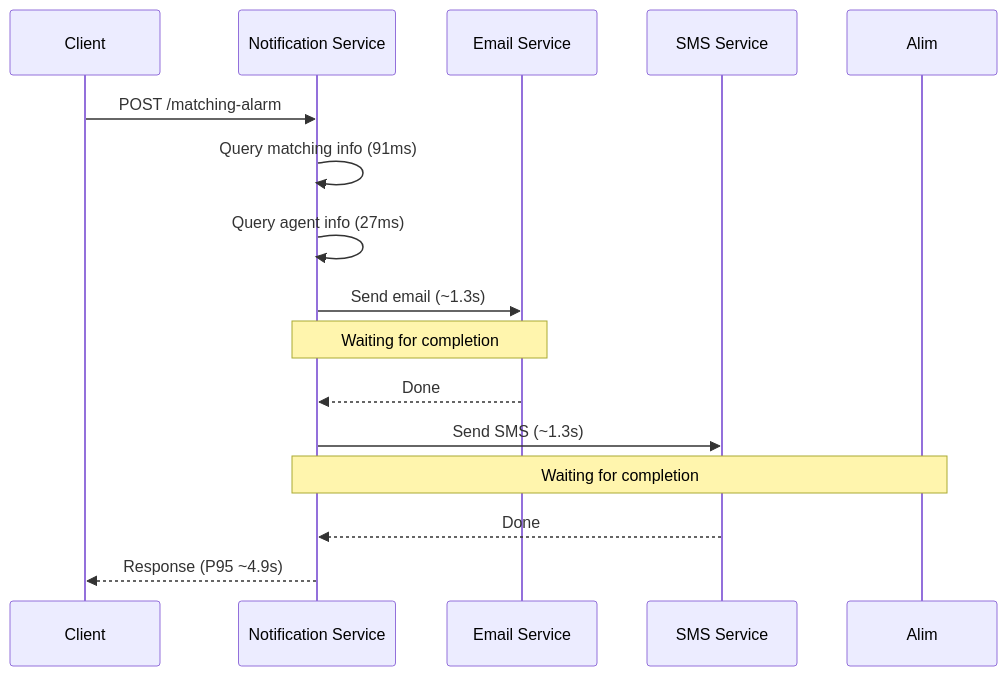
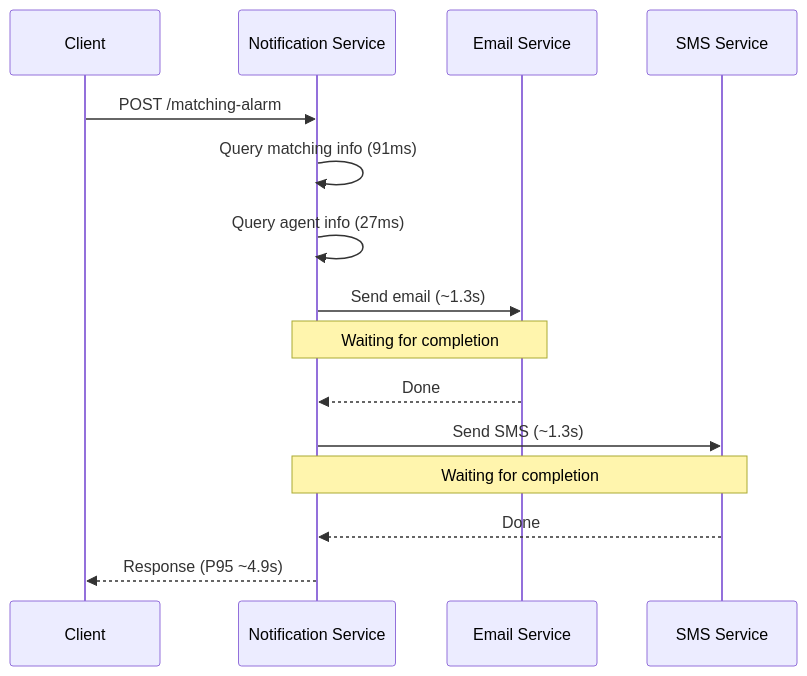
One commit to 12OneTwo12/12OneTwo12.github.io changed the fifth of 11 diagrams in content/blog/backend/performance/backend-api-performance-optimization.en.md. Above: the diagram before and after it, drawn with Mermaid. The commit also changed other lines of this file and 1 other file, not shown here.

````diff
--- a/content/blog/backend/performance/backend-api-performance-optimization.en.md
+++ b/content/blog/backend/performance/backend-api-performance-optimization.en.md
@@ -294,18 +294,18 @@
 ```mermaid
 sequenceDiagram
     participant Client
     participant Server as Notification Service
     participant Email as Email Service
     participant Sms as SMS Service
 
     Client->>Server: POST /matching-alarm
     Server->>Server: Query matching info (91ms)
     Server->>Server: Query agent info (27ms)
     Server->>Email: Send email (~1.3s)
     Note over Server,Email: Waiting for completion
     Email-->>Server: Done
     Server->>Sms: Send SMS (~1.3s)
-    Note over Server,Alim: Waiting for completion
+    Note over Server,Sms: Waiting for completion
     Sms-->>Server: Done
     Server-->>Client: Response (P95 ~4.9s)
 ```
````
